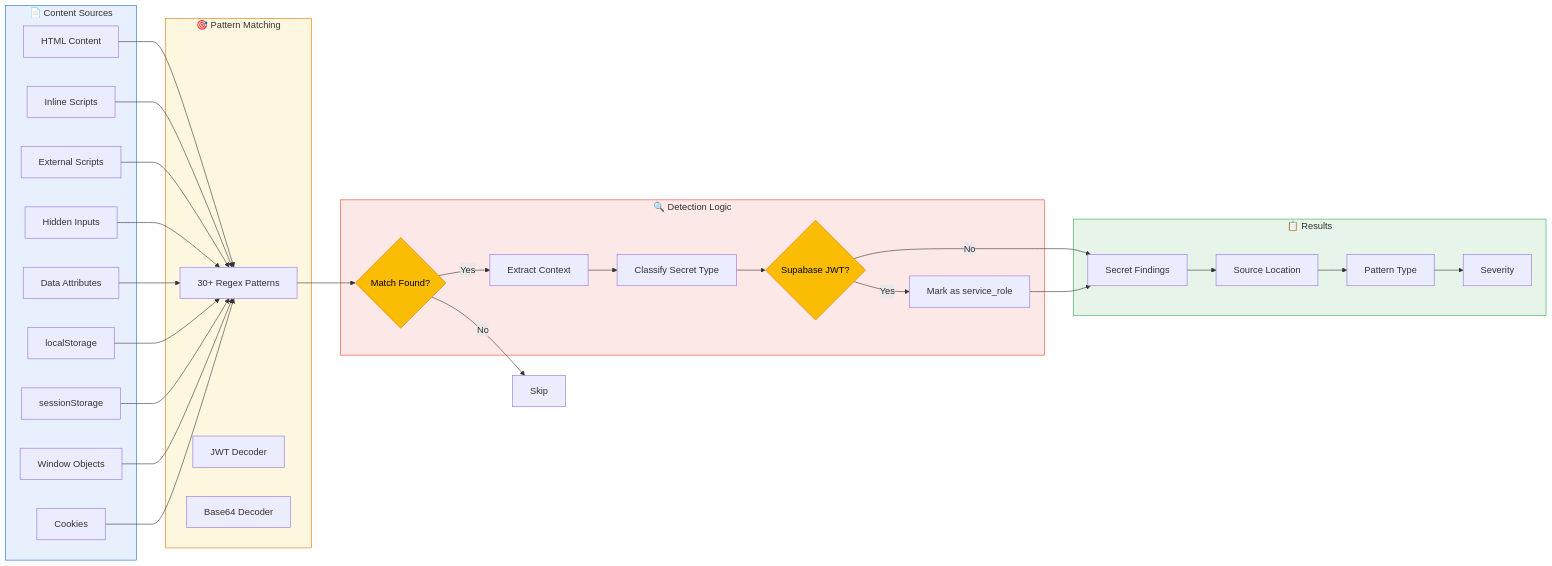
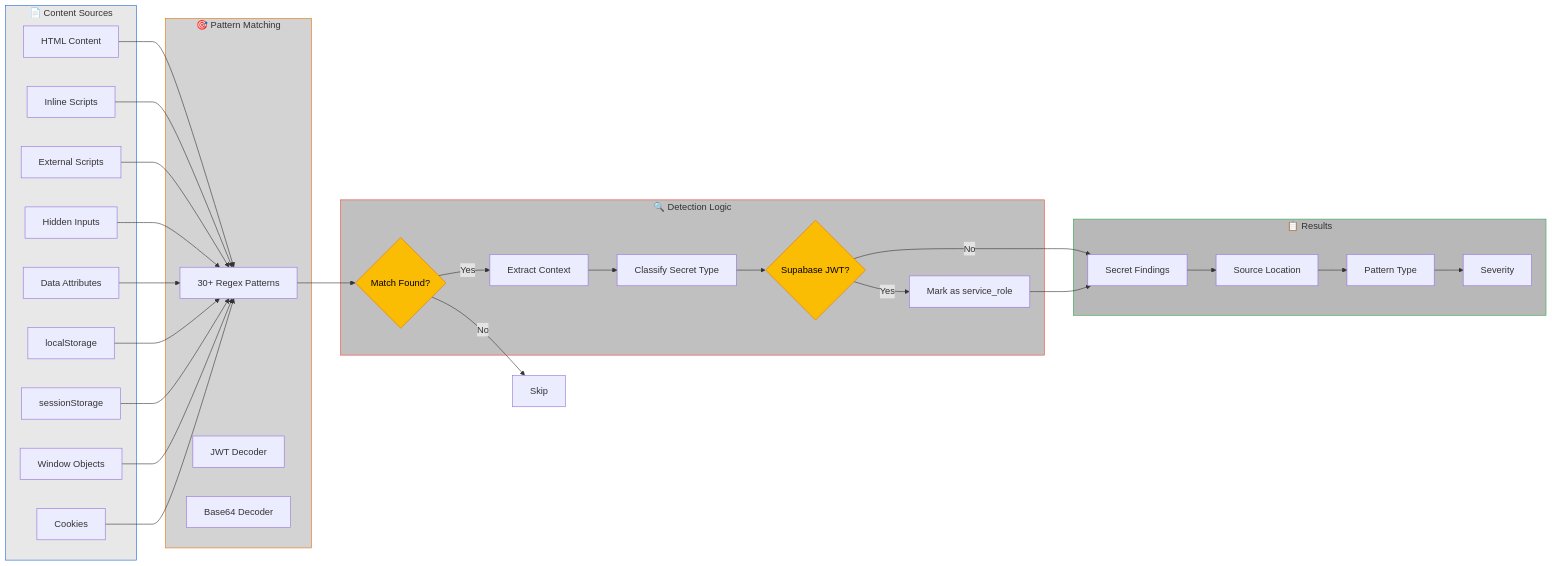
Before and after one commit to ul0gic/corrode: the third of 3 diagrams in README.md, drawn with Mermaid. The commit also changed other lines of this file, not shown here.

Commit message:
style: update diagram fill colors to grayscale for better contrast

````diff
--- a/README.md
+++ b/README.md
@@ -122,53 +122,53 @@
 ```mermaid
 flowchart LR
     subgraph Sources["📄 Content Sources"]
         S1[HTML Content]
         S2[Inline Scripts]
         S3[External Scripts]
         S4[Hidden Inputs]
         S5[Data Attributes]
         S6[localStorage]
         S7[sessionStorage]
         S8[Window Objects]
         S9[Cookies]
     end
 
     subgraph Patterns["🎯 Pattern Matching"]
         P1[30+ Regex Patterns]
         P2[JWT Decoder]
         P3[Base64 Decoder]
     end
 
     subgraph Detection["🔍 Detection Logic"]
         D1{Match Found?}
         D2[Extract Context]
         D3[Classify Secret Type]
         D4{Supabase JWT?}
         D5[Mark as service_role]
     end
 
     subgraph Results["📋 Results"]
         R1[Secret Findings]
         R2[Source Location]
         R3[Pattern Type]
         R4[Severity]
     end
 
     S1 & S2 & S3 & S4 & S5 & S6 & S7 & S8 & S9 --> P1
     P1 --> D1
     D1 -->|Yes| D2
     D1 -->|No| Skip[Skip]
     D2 --> D3
     D3 --> D4
     D4 -->|Yes| D5
     D4 -->|No| R1
     D5 --> R1
     R1 --> R2 --> R3 --> R4
 
-    style Sources fill:#E8F0FE,stroke:#1967D2
-    style Patterns fill:#FEF7E0,stroke:#E37400
-    style Detection fill:#FCE8E6,stroke:#EA4335
-    style Results fill:#E6F4EA,stroke:#34A853
+    style Sources fill:#E8E8E8,stroke:#1967D2
+    style Patterns fill:#D3D3D3,stroke:#E37400
+    style Detection fill:#C0C0C0,stroke:#EA4335
+    style Results fill:#B8B8B8,stroke:#34A853
     style D1 fill:#FBBC04,stroke:#E37400,color:#000
     style D4 fill:#FBBC04,stroke:#E37400,color:#000
 ```
````
